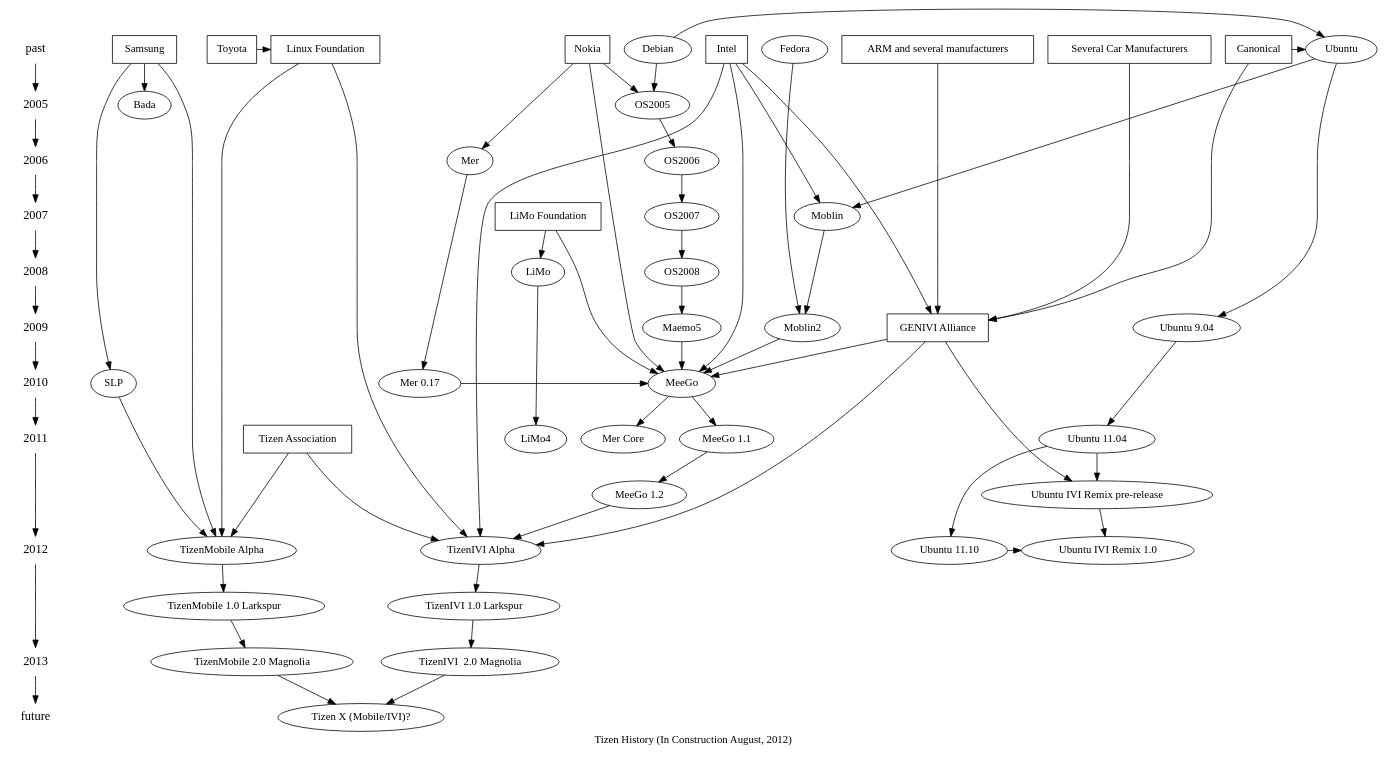
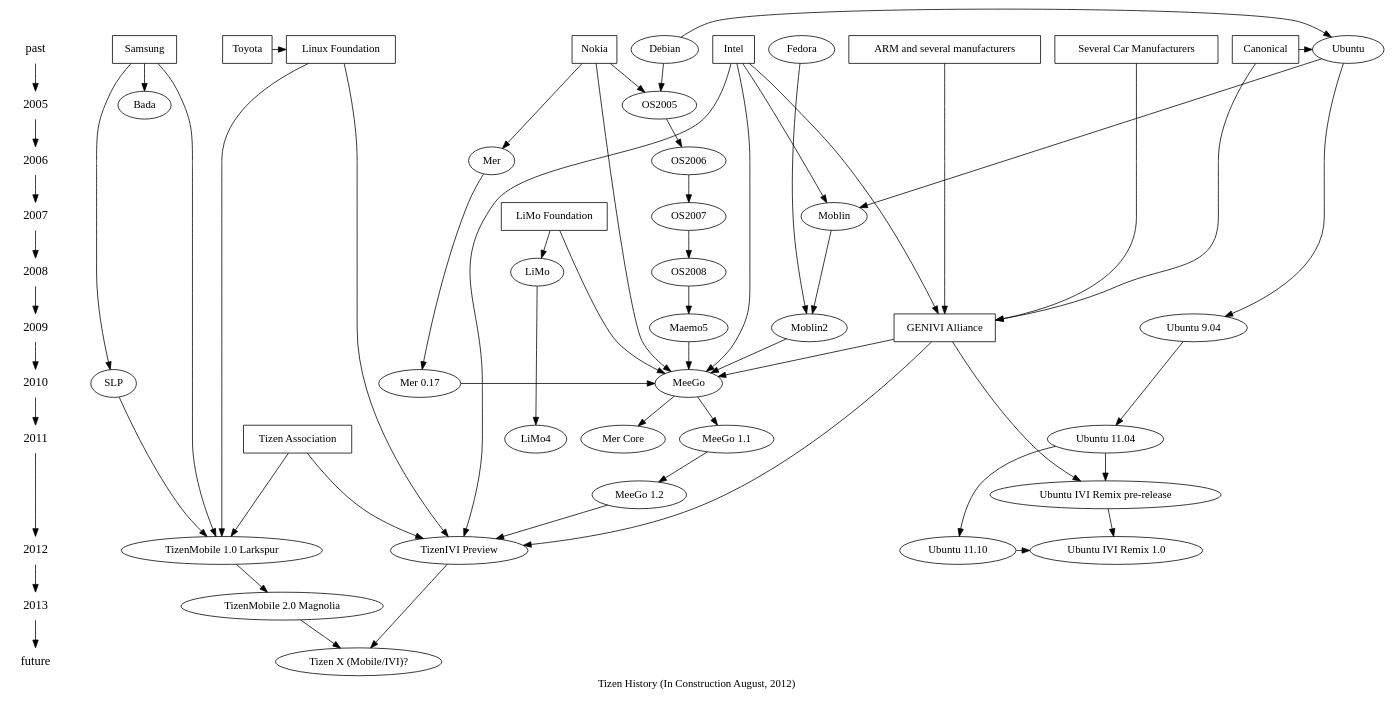
The diagram in tizen-history.dot (kumadasu/tizen-history), drawn with Graphviz before and after one commit. The commit also changed 1 other file, not shown here.

Commit message:
Delete TizenIVI 1, 2 and TizenMobile Alpha. Rename TizenIVI Alpha to Preview.

```diff
--- a/tizen-history.dot
+++ b/tizen-history.dot
@@ -1,86 +1,86 @@
 digraph tizenhistory {
 graph [label="Tizen History (In Construction August, 2012)"]
 /*timeline*/
 {
 	node [shape=plaintext, fontsize=16];
 	"past" -> /*1990 ->
 	1991 -> 1992 -> 1993 -> 1994 -> 1995 ->
 	1996 -> 1997 -> 1998 -> 1999 -> 2000 ->
 	2001 -> 2002 -> 2003 -> 2004 ->*/ 2005 ->
 	2006 -> 2007 -> 2008 -> 2009 -> 2010 ->
 	2011 -> 2012 -> 2013 -> "future";
 }
 
 /* Organizations */
 {
 	node [shape=box];
 	{ rank = same; "past"; "Nokia"}
 	{ rank = same; "past"; "Intel"}
 	{ rank = same; "past"; "Samsung"}
 	{ rank = same; "past"; "ARM and several manufacturers"}
 	{ rank = same; "past"; "Several Car Manufacturers"}
 	{ rank = same; "past"; "Canonical"}
 	{ rank = same; "past"; "Linux Foundation"}
 	{ rank = same; "past"; "Toyota"}
 	{ rank = same; "2007"; "LiMo Foundation"}
 	{ rank = same; "2009"; "GENIVI Alliance"}
 	{ rank = same; "2011"; "Tizen Association"} //?
 "Toyota" -> "Linux Foundation";
 "Intel" -> "GENIVI Alliance";
 "Several Car Manufacturers" -> "GENIVI Alliance";
 "ARM and several manufacturers" -> "GENIVI Alliance";
 "Canonical" -> "GENIVI Alliance";
 }
 
 /* Technologies */
 {
 	node [shape=plaintext];
 //	"HTML5";
 }
 
 /* OS */
 { rank = same; "past"; "Ubuntu"; "Fedora"; "Debian"}
 { rank = same; 2005; "OS2005"}
 { rank = same; 2006; "OS2006"}
 { rank = same; 2007; "OS2007"; "Moblin"}
 { rank = same; 2008; "OS2008"; "LiMo"}
 { rank = same; 2009; "Maemo5"; "Moblin2"; "Ubuntu 9.04"}
 { rank = same; 2010; "MeeGo"; "Mer 0.17"; "SLP"}
 { rank = same; 2011; "Ubuntu 11.04"; "LiMo4"}
 { rank = same; "Ubuntu 11.10"; "Ubuntu IVI Remix 1.0"}
-{ rank = same; 2012; "TizenMobile Alpha"; "TizenIVI Alpha"};
-{ rank = same; "TizenMobile 1.0 Larkspur"; "TizenIVI 1.0 Larkspur"}
-{ rank = same; 2013; "TizenMobile 2.0 Magnolia"; "TizenIVI  2.0 Magnolia" }
+{ rank = same; 2012; "TizenMobile 1.0 Larkspur"; "TizenIVI Preview"};
+{ rank = same; "TizenMobile 1.0 Larkspur" }
+{ rank = same; 2013; "TizenMobile 2.0 Magnolia" }
 	"Debian" -> "Ubuntu";
 	"Debian" -> "OS2005" -> "OS2006" -> "OS2007" -> "OS2008" -> "Maemo5" -> "MeeGo";
 	"Ubuntu" -> "Moblin" -> "Moblin2";
 	"Fedora" -> "Moblin2" -> "MeeGo";
 	"Mer" -> "Mer 0.17" -> "MeeGo" -> "Mer Core";
 	"LiMo" -> "LiMo4";
-	"MeeGo" -> "MeeGo 1.1" -> "MeeGo 1.2" -> "TizenIVI Alpha";
-	"SLP" -> "TizenMobile Alpha";
-	"TizenMobile Alpha" -> "TizenMobile 1.0 Larkspur" -> "TizenMobile 2.0 Magnolia" -> "Tizen X (Mobile/IVI)?";
-	"TizenIVI Alpha" -> "TizenIVI 1.0 Larkspur" -> "TizenIVI  2.0 Magnolia" -> "Tizen X (Mobile/IVI)?";
+	"MeeGo" -> "MeeGo 1.1" -> "MeeGo 1.2" -> "TizenIVI Preview";
+	"SLP" -> "TizenMobile 1.0 Larkspur";
+	"TizenMobile 1.0 Larkspur" -> "TizenMobile 2.0 Magnolia" -> "Tizen X (Mobile/IVI)?";
+	"TizenIVI Preview" -> "Tizen X (Mobile/IVI)?";
 	"Ubuntu" -> "Ubuntu 9.04" -> "Ubuntu 11.04" -> "Ubuntu 11.10" -> "Ubuntu IVI Remix 1.0";
 	"Ubuntu 11.04" -> "Ubuntu IVI Remix pre-release" -> "Ubuntu IVI Remix 1.0";
 
 "Canonical" -> "Ubuntu";
 "Nokia" -> "OS2005";
 "Intel" -> "Moblin";
 "Intel" -> "MeeGo";
 "Nokia" -> "Mer";
 "Nokia" -> "MeeGo";
 "Samsung" -> "Bada";
 "Samsung" -> "SLP";
-"Intel" -> "TizenIVI Alpha";
-"Samsung" -> "TizenMobile Alpha";
+"Intel" -> "TizenIVI Preview";
+"Samsung" -> "TizenMobile 1.0 Larkspur";
 "GENIVI Alliance" -> "MeeGo";
-"GENIVI Alliance" -> "TizenIVI Alpha";
+"GENIVI Alliance" -> "TizenIVI Preview";
 "GENIVI Alliance" -> "Ubuntu IVI Remix pre-release";
 "LiMo Foundation" -> "LiMo";
 "LiMo Foundation" -> "MeeGo";
-"Tizen Association" -> "TizenIVI Alpha";
-"Tizen Association" -> "TizenMobile Alpha";
-"Linux Foundation" -> "TizenIVI Alpha";
-"Linux Foundation" -> "TizenMobile Alpha";
+"Tizen Association" -> "TizenIVI Preview";
+"Tizen Association" -> "TizenMobile 1.0 Larkspur";
+"Linux Foundation" -> "TizenIVI Preview";
+"Linux Foundation" -> "TizenMobile 1.0 Larkspur";
 }
```
